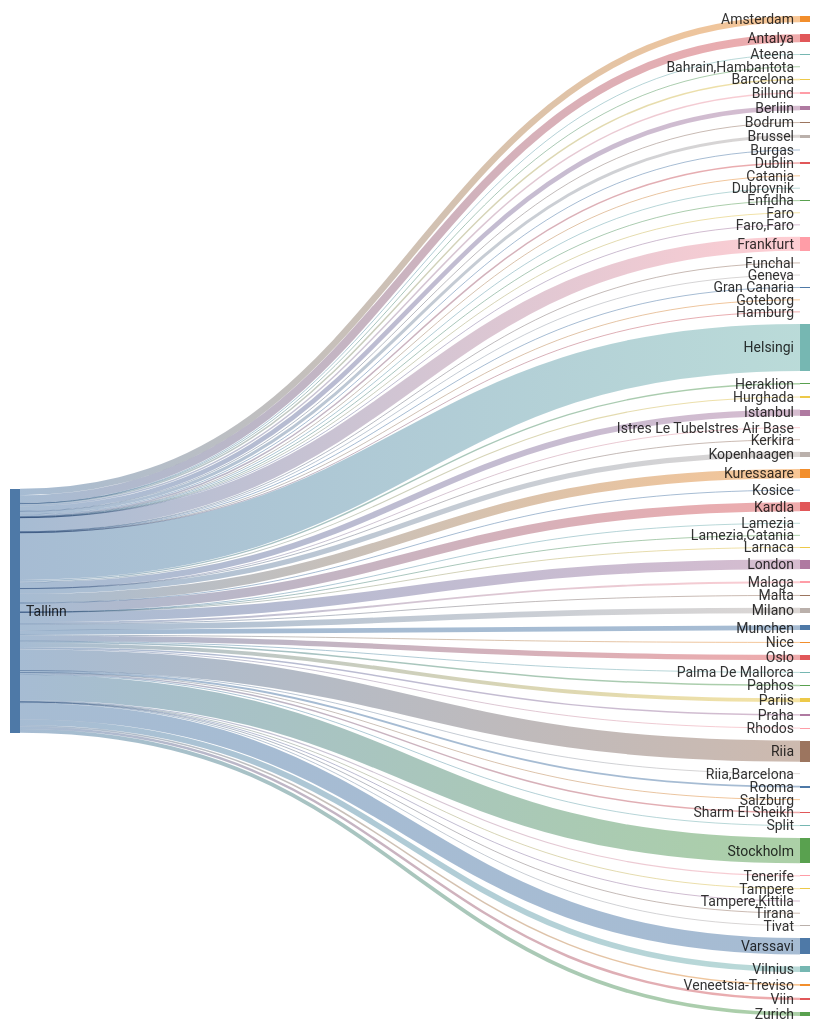
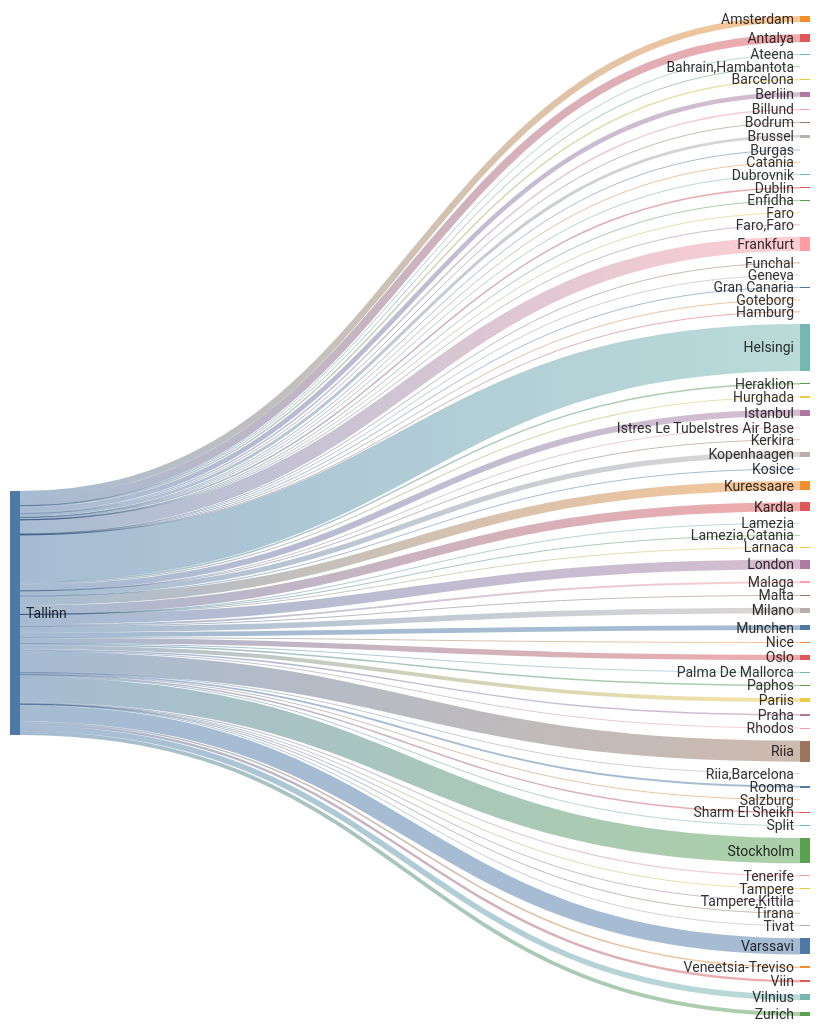
Before and after one commit to rainermesi/tll-airport-departures: the second of 2 diagrams in README.md, drawn with Mermaid. The commit also changed other lines of this file, not shown here.

````diff
--- a/README.md
+++ b/README.md
@@ -34,77 +34,77 @@
 ```mermaid
 ---
 config:
   sankey:
     showValues: false
     width: 800
     height: 1000
 ---
 sankey-beta
 %% source,target,value
-Tallinn,Amsterdam,213
+Tallinn,Amsterdam,214
 Tallinn,Antalya,264
 Tallinn,Ateena,16
 Tallinn,"Bahrain,Hambantota",1
 Tallinn,Barcelona,49
-Tallinn,Berliin,155
+Tallinn,Berliin,156
 Tallinn,Billund,49
 Tallinn,Bodrum,11
 Tallinn,Brussel,99
 Tallinn,Burgas,21
 Tallinn,Catania,2
-Tallinn,Dublin,50
+Tallinn,Dublin,51
 Tallinn,Dubrovnik,21
 Tallinn,Enfidha,7
 Tallinn,Faro,4
 Tallinn,"Faro,Faro",1
-Tallinn,Frankfurt,465
+Tallinn,Frankfurt,467
 Tallinn,Funchal,5
-Tallinn,Geneva,4
+Tallinn,Geneva,5
 Tallinn,Gran Canaria,24
 Tallinn,Goteborg,1
 Tallinn,Hamburg,1
-Tallinn,Helsingi,1570
+Tallinn,Helsingi,1576
 Tallinn,Heraklion,46
-Tallinn,Hurghada,35
-Tallinn,Istanbul,203
+Tallinn,Hurghada,37
+Tallinn,Istanbul,204
 Tallinn,Istres Le TubeIstres Air Base,2
 Tallinn,Kerkira,4
 Tallinn,Kopenhaagen,173
 Tallinn,Kosice,1
-Tallinn,Kuressaare,303
-Tallinn,Kardla,303
+Tallinn,Kuressaare,304
+Tallinn,Kardla,304
 Tallinn,Lamezia,1
 Tallinn,"Lamezia,Catania",3
 Tallinn,Larnaca,4
-Tallinn,London,324
+Tallinn,London,326
 Tallinn,Malaga,64
 Tallinn,Malta,15
-Tallinn,Milano,188
-Tallinn,Munchen,158
+Tallinn,Milano,189
+Tallinn,Munchen,159
 Tallinn,Nice,25
 Tallinn,Oslo,177
 Tallinn,Palma De Mallorca,19
 Tallinn,Paphos,50
 Tallinn,Pariis,131
 Tallinn,Praha,49
 Tallinn,Rhodos,32
-Tallinn,Riia,701
+Tallinn,Riia,705
 Tallinn,"Riia,Barcelona",1
 Tallinn,Rooma,63
-Tallinn,Salzburg,5
+Tallinn,Salzburg,6
 Tallinn,Sharm El Sheikh,50
 Tallinn,Split,25
-Tallinn,Stockholm,843
+Tallinn,Stockholm,846
 Tallinn,Tampere,17
-Tallinn,"Tampere,Kittila",5
+Tallinn,"Tampere,Kittila",6
 Tallinn,Tenerife,37
 Tallinn,Tirana,8
 Tallinn,Tivat,26
-Tallinn,Varssavi,542
+Tallinn,Varssavi,545
 Tallinn,Veneetsia-Treviso,51
 Tallinn,Viin,82
 Tallinn,Vilnius,189
-Tallinn,Zurich,126
+Tallinn,Zurich,127
 
 
 ```
````
